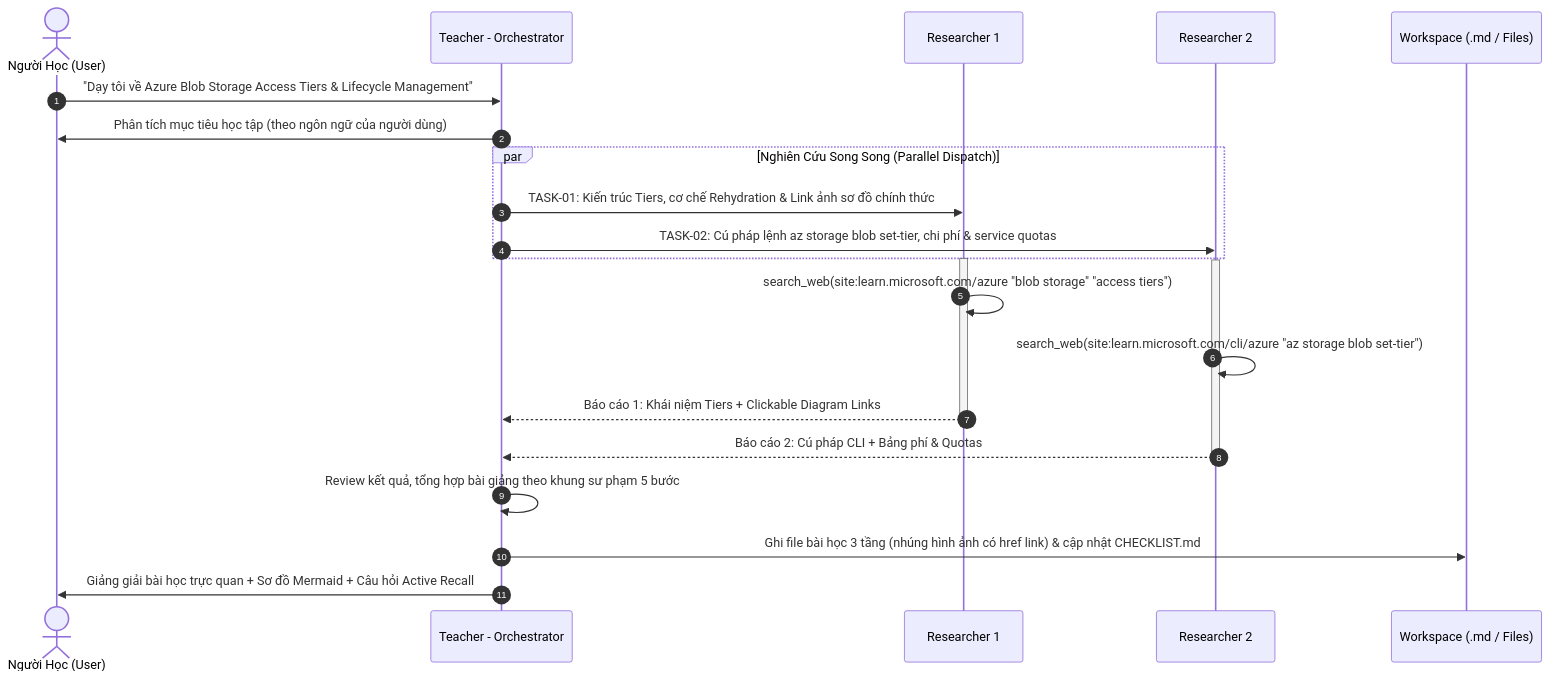
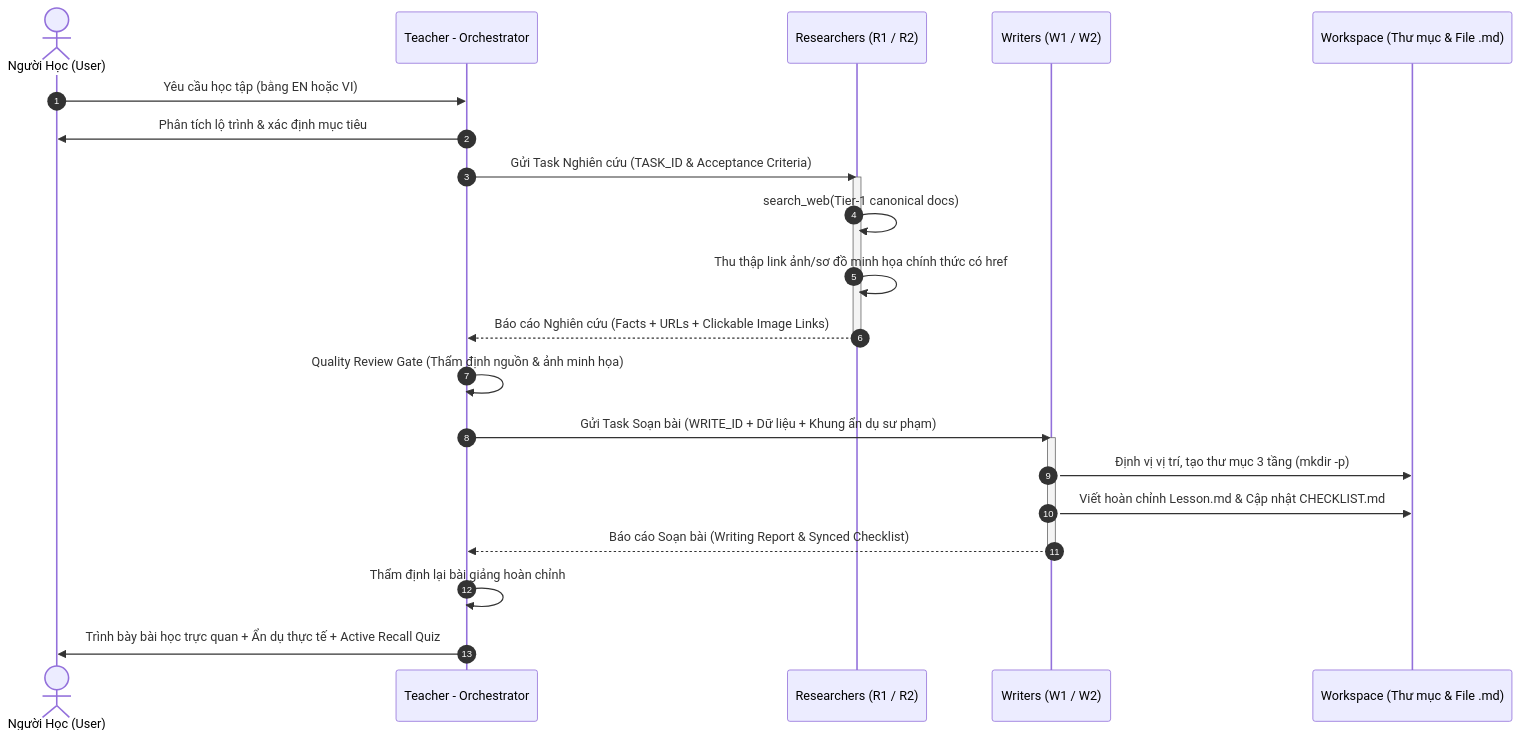
Before and after one commit to HelloMinh2122005/SelfLearn: the diagram in .agents/README.md, drawn with Mermaid. The commit also changed other lines of this file and 5 other files, not shown here.

````diff
--- a/.agents/README.md
+++ b/.agents/README.md
@@ -37,27 +45,27 @@
 ```mermaid
 sequenceDiagram
     autonumber
     actor Learner as Người Học (User)
     participant Teacher as Teacher - Orchestrator
-    participant R1 as Researcher 1
-    participant R2 as Researcher 2
-    participant FS as Workspace (.md / Files)
+    participant R as Researchers (R1 / R2)
+    participant W as Writers (W1 / W2)
+    participant FS as Workspace (Thư mục & File .md)
 
-    Learner->>Teacher: "Dạy tôi về Azure Blob Storage Access Tiers & Lifecycle Management"
-    Teacher->>Learner: Phân tích mục tiêu học tập (theo ngôn ngữ của người dùng)
-    par Nghiên Cứu Song Song (Parallel Dispatch)
-        Teacher->>R1: TASK-01: Kiến trúc Tiers, cơ chế Rehydration & Link ảnh sơ đồ chính thức
-        Teacher->>R2: TASK-02: Cú pháp lệnh az storage blob set-tier, chi phí & service quotas
-    end
-    activate R1
-    activate R2
-    R1->>R1: search_web(site:learn.microsoft.com/azure "blob storage" "access tiers")
-    R2->>R2: search_web(site:learn.microsoft.com/cli/azure "az storage blob set-tier")
-    R1-->>Teacher: Báo cáo 1: Khái niệm Tiers + Clickable Diagram Links
-    deactivate R1
-    R2-->>Teacher: Báo cáo 2: Cú pháp CLI + Bảng phí & Quotas
-    deactivate R2
-    Teacher->>Teacher: Review kết quả, tổng hợp bài giảng theo khung sư phạm 5 bước
-    Teacher->>FS: Ghi file bài học 3 tầng (nhúng hình ảnh có href link) & cập nhật CHECKLIST.md
-    Teacher->>Learner: Giảng giải bài học trực quan + Sơ đồ Mermaid + Câu hỏi Active Recall
+    Learner->>Teacher: Yêu cầu học tập (bằng EN hoặc VI)
+    Teacher->>Learner: Phân tích lộ trình & xác định mục tiêu
+    Teacher->>R: Gửi Task Nghiên cứu (TASK_ID & Acceptance Criteria)
+    activate R
+    R->>R: search_web(Tier-1 canonical docs)
+    R->>R: Thu thập link ảnh/sơ đồ minh họa chính thức có href
+    R-->>Teacher: Báo cáo Nghiên cứu (Facts + URLs + Clickable Image Links)
+    deactivate R
+    Teacher->>Teacher: Quality Review Gate (Thẩm định nguồn & ảnh minh họa)
+    Teacher->>W: Gửi Task Soạn bài (WRITE_ID + Dữ liệu + Khung ẩn dụ sư phạm)
+    activate W
+    W->>FS: Định vị vị trí, tạo thư mục 3 tầng (mkdir -p)
+    W->>FS: Viết hoàn chỉnh Lesson.md & Cập nhật CHECKLIST.md
+    W-->>Teacher: Báo cáo Soạn bài (Writing Report & Synced Checklist)
+    deactivate W
+    Teacher->>Teacher: Thẩm định lại bài giảng hoàn chỉnh
+    Teacher->>Learner: Trình bày bài học trực quan + Ẩn dụ thực tế + Active Recall Quiz
 ```
````
